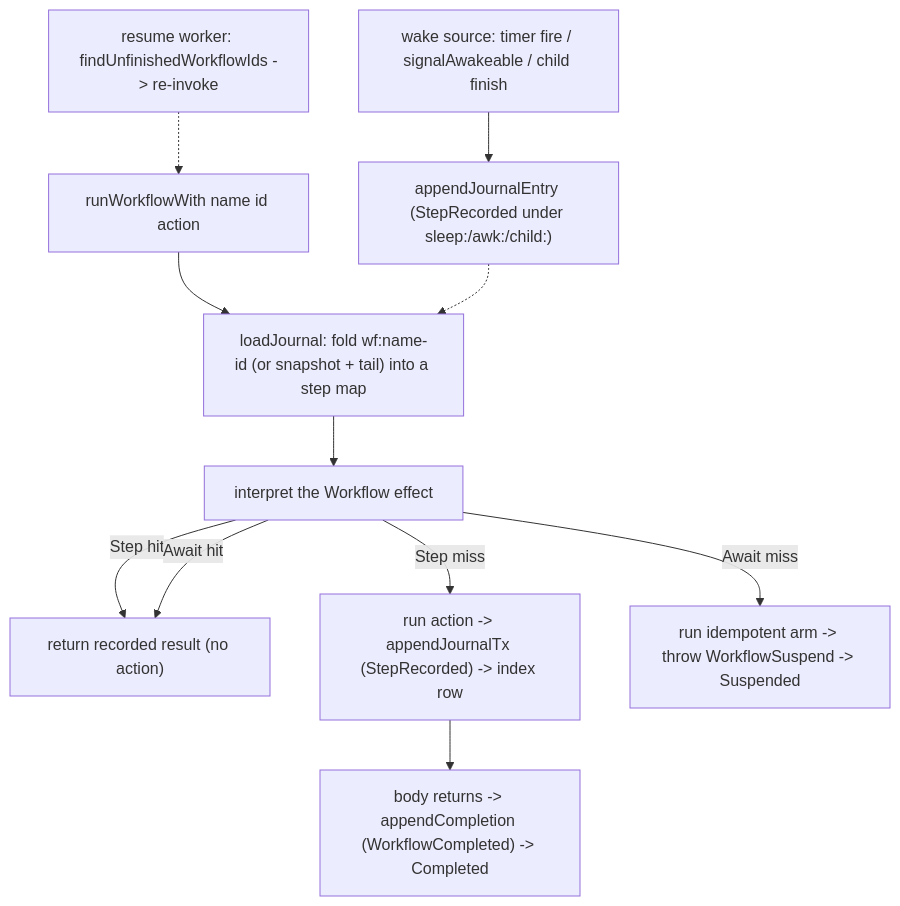
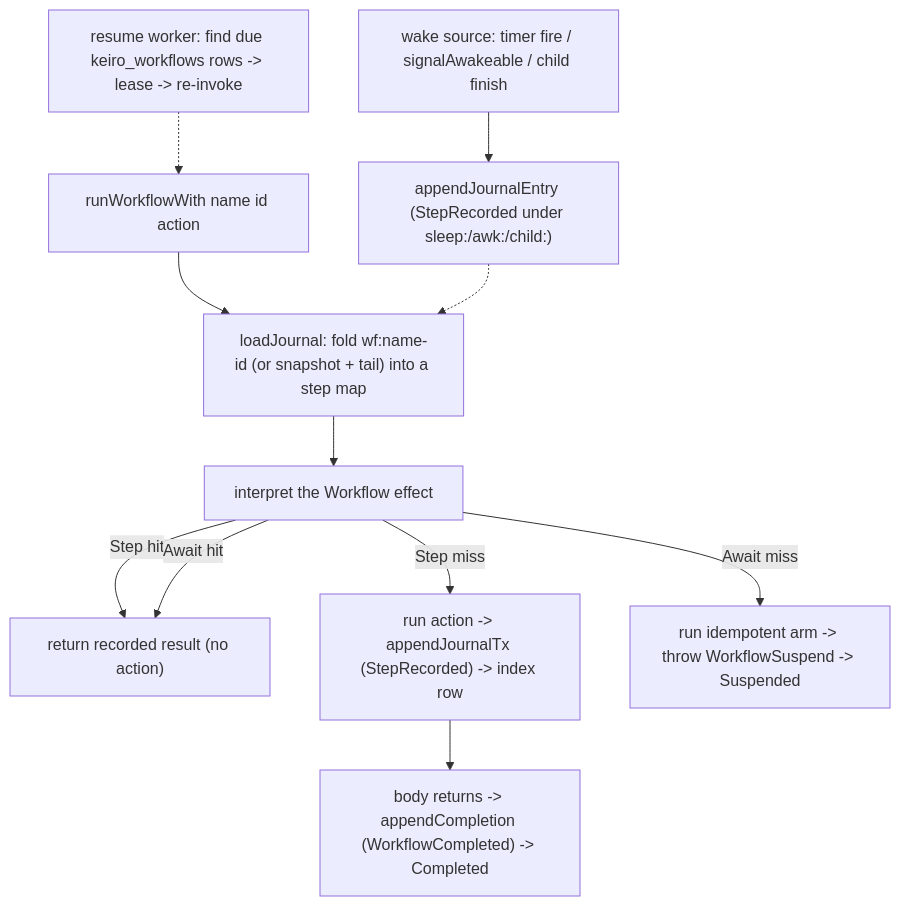
One commit to shinzui/keiro-runtime-docs changed the diagram in content/docs/keiro/walkthrough/durable-execution/00-start-here.mdx. Above: the diagram before and after it, drawn with Mermaid. The commit also changed other lines of this file and 19 other files, not shown here.

First line of the commit message:
docs(keiro): refresh durable workflow lifecycle docs

````diff
--- a/content/docs/keiro/walkthrough/durable-execution/00-start-here.mdx
+++ b/content/docs/keiro/walkthrough/durable-execution/00-start-here.mdx
@@ -46,13 +47,13 @@
 ```mermaid
 flowchart TD
   Run["runWorkflowWith name id action"] --> Load["loadJournal: fold wf:name-id (or snapshot + tail) into a step map"]
   Load --> Handler["interpret the Workflow effect"]
   Handler -->|"Step hit"| Replay["return recorded result (no action)"]
   Handler -->|"Step miss"| Exec["run action -> appendJournalTx (StepRecorded) -> index row"]
   Handler -->|"Await hit"| Replay
   Handler -->|"Await miss"| Suspend["run idempotent arm -> throw WorkflowSuspend -> Suspended"]
   Exec --> Complete["body returns -> appendCompletion (WorkflowCompleted) -> Completed"]
   Wake["wake source: timer fire / signalAwakeable / child finish"] --> Append["appendJournalEntry (StepRecorded under sleep:/awk:/child:)"]
   Append -.-> Load
-  Worker["resume worker: findUnfinishedWorkflowIds -> re-invoke"] -.-> Run
+  Worker["resume worker: find due keiro_workflows rows -> lease -> re-invoke"] -.-> Run
 ```
````
